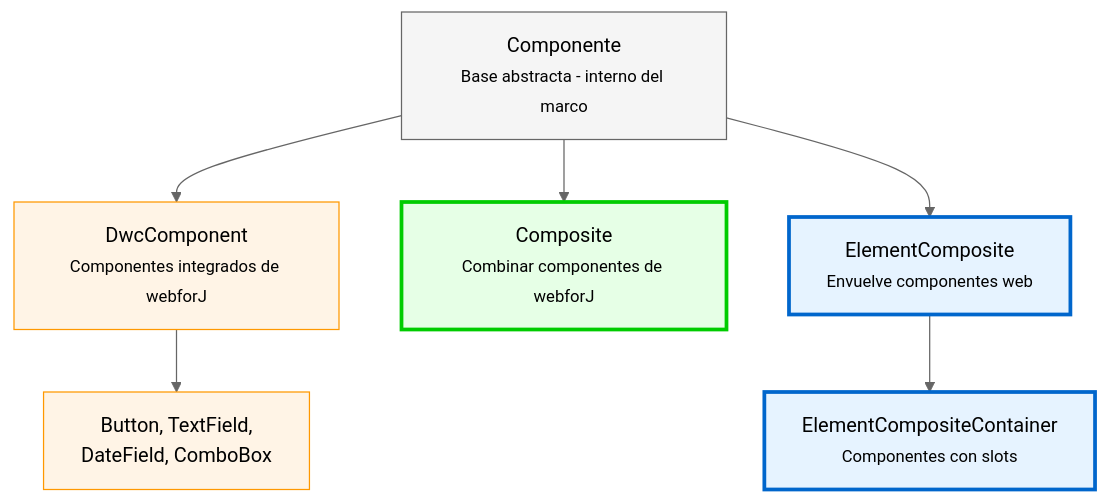
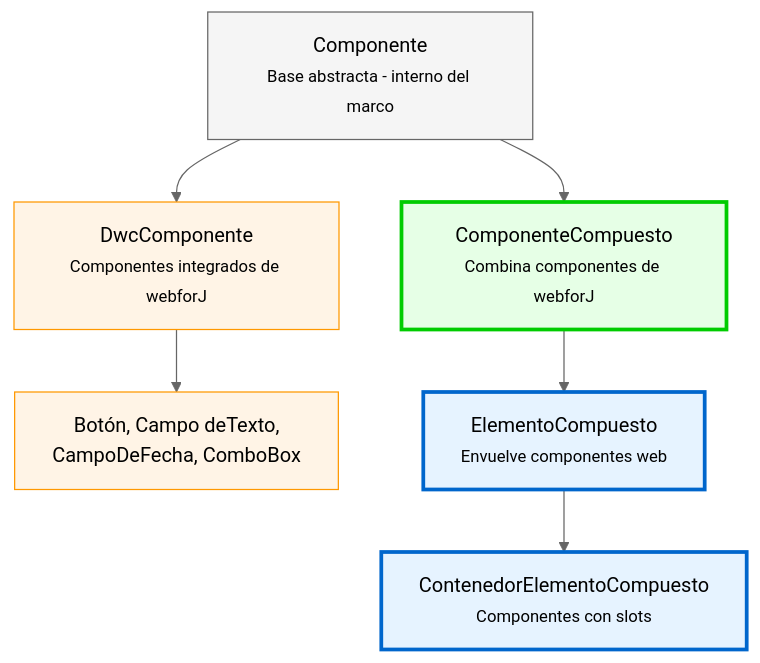
One commit to webforj/webforj-documentation changed the diagram in docs/i18n/es/docusaurus-plugin-content-docs/current/building-ui/component-fundamentals.md. Above: the diagram before and after it, drawn with Mermaid (neutral theme). The commit also changed other lines of this file and 389 other files, not shown here.

````diff
--- a/docs/i18n/es/docusaurus-plugin-content-docs/current/building-ui/component-fundamentals.md
+++ b/docs/i18n/es/docusaurus-plugin-content-docs/current/building-ui/component-fundamentals.md
@@ -52,22 +52,22 @@
 ```mermaid
 graph TD
-    A[Componente<br/><small>Base abstracta - interno del marco</small>]
-    
-    A --> B[DwcComponent<br/><small>Componentes integrados de webforJ</small>]
-    A --> C[Composite<br/><small>Combinar componentes de webforJ</small>]
-    A --> D[ElementComposite<br/><small>Envuelve componentes web</small>]
-    
-    B --> E[Button, TextField,<br/>DateField, ComboBox]
-    
-    D --> F[ElementCompositeContainer<br/><small>Componentes con slots</small>]
-    
-    style A fill:#f5f5f5,stroke:#666
-    style B fill:#fff4e6,stroke:#ff9800
-    style C fill:#e6ffe6,stroke:#00cc00
-    style D fill:#e6f3ff,stroke:#0066cc
-    style E fill:#fff4e6,stroke:#ff9800
-    style F fill:#e6f3ff,stroke:#0066cc
-    
-    classDef userClass stroke-width:3px
-    class C,D,F userClass
+  A[Componente<br/><small>Base abstracta - interno del marco</small>]
+  
+  A --> B[DwcComponente<br/><small>Componentes integrados de webforJ</small>]
+  A --> C[ComponenteCompuesto<br/><small>Combina componentes de webforJ</small>]
+  
+  B --> E[Botón, Campo deTexto,<br/>CampoDeFecha, ComboBox]
+  
+  C --> D[ElementoCompuesto<br/><small>Envuelve componentes web</small>]
+  D --> F[ContenedorElementoCompuesto<br/><small>Componentes con slots</small>]
+  
+  style A fill:#f5f5f5,stroke:#666
+  style B fill:#fff4e6,stroke:#ff9800
+  style C fill:#e6ffe6,stroke:#00cc00
+  style D fill:#e6f3ff,stroke:#0066cc
+  style E fill:#fff4e6,stroke:#ff9800
+  style F fill:#e6f3ff,stroke:#0066cc
+  
+  classDef userClass stroke-width:3px
+  class C,D,F userClass
 ```
````
